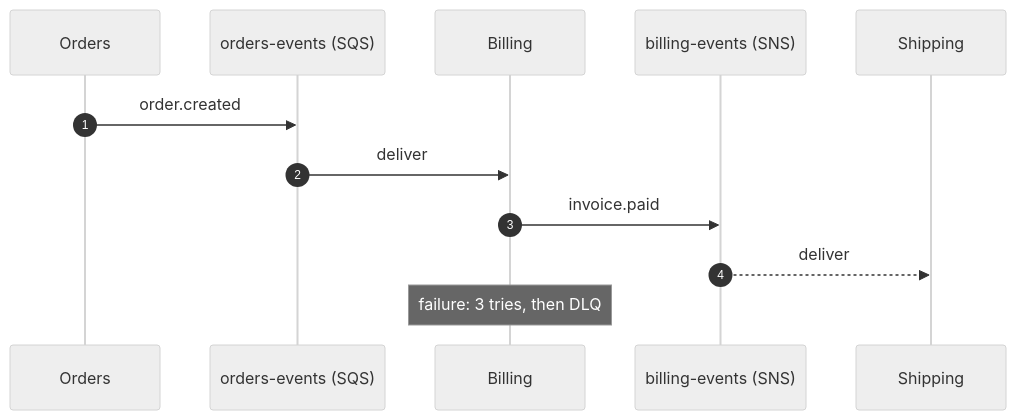
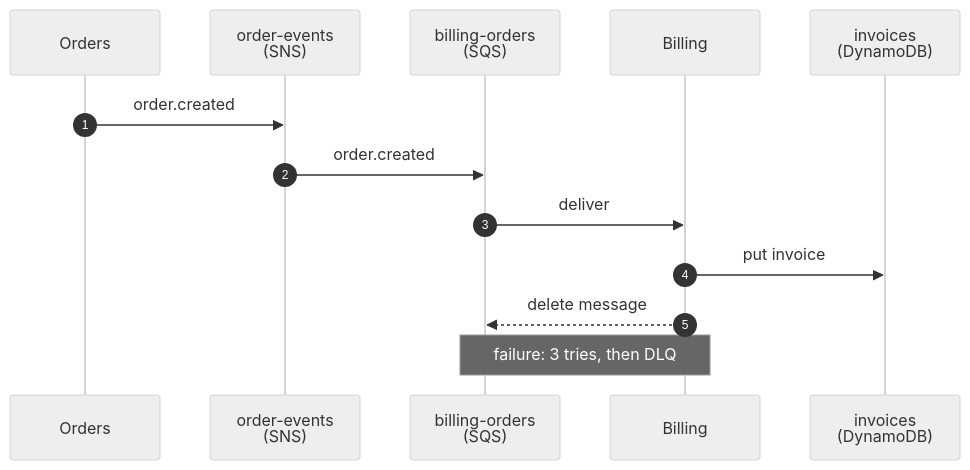
Before and after one commit to araltiparmak/claude-harness: the diagram in skills/visuals/diagrams/examples/message-chain-sequence.mmd, drawn with Mermaid (neutral theme). The commit also changed 5 other files, not shown here.

First line of the commit message:
diagrams: left-to-right flows, SNS-to-SQS message routes

```diff
--- a/skills/visuals/diagrams/examples/message-chain-sequence.mmd
+++ b/skills/visuals/diagrams/examples/message-chain-sequence.mmd
@@ -1,12 +1,13 @@
 sequenceDiagram
   autonumber
   participant O as Orders
-  participant Q as orders-events (SQS)
+  participant T as order-events<br/>(SNS)
+  participant Q as billing-orders<br/>(SQS)
   participant B as Billing
-  participant T as billing-events (SNS)
-  participant S as Shipping
-  O->>Q: order.created
+  participant D as invoices<br/>(DynamoDB)
+  O->>T: order.created
+  T->>Q: order.created
   Q->>B: deliver
-  B->>T: invoice.paid
-  T-->>S: deliver
-  Note over B: failure: 3 tries, then DLQ
+  B->>D: put invoice
+  B-->>Q: delete message
+  Note over Q,B: failure: 3 tries, then DLQ
```
